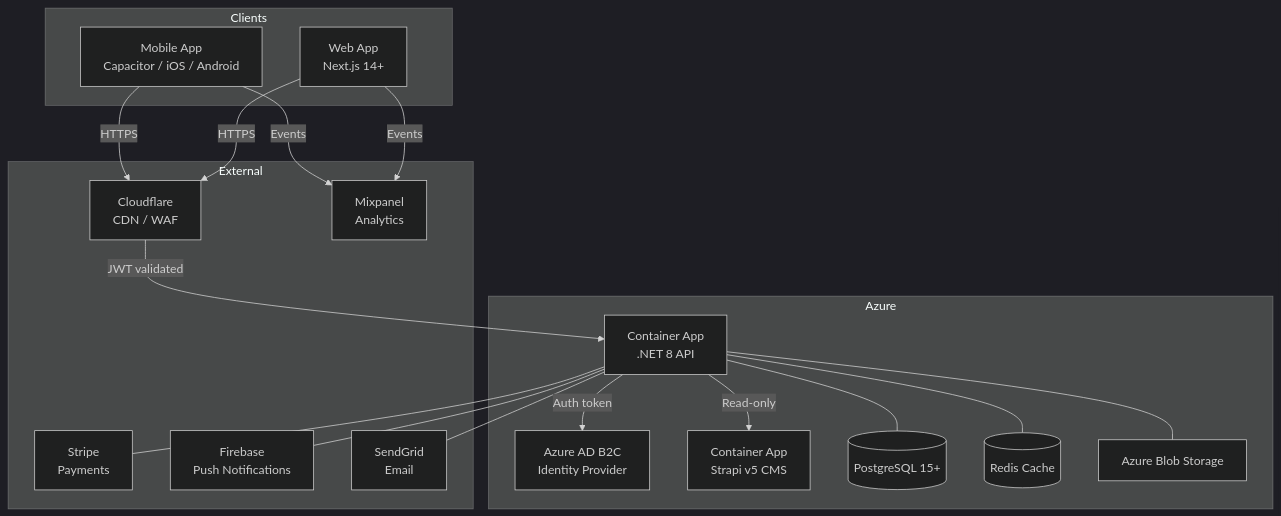
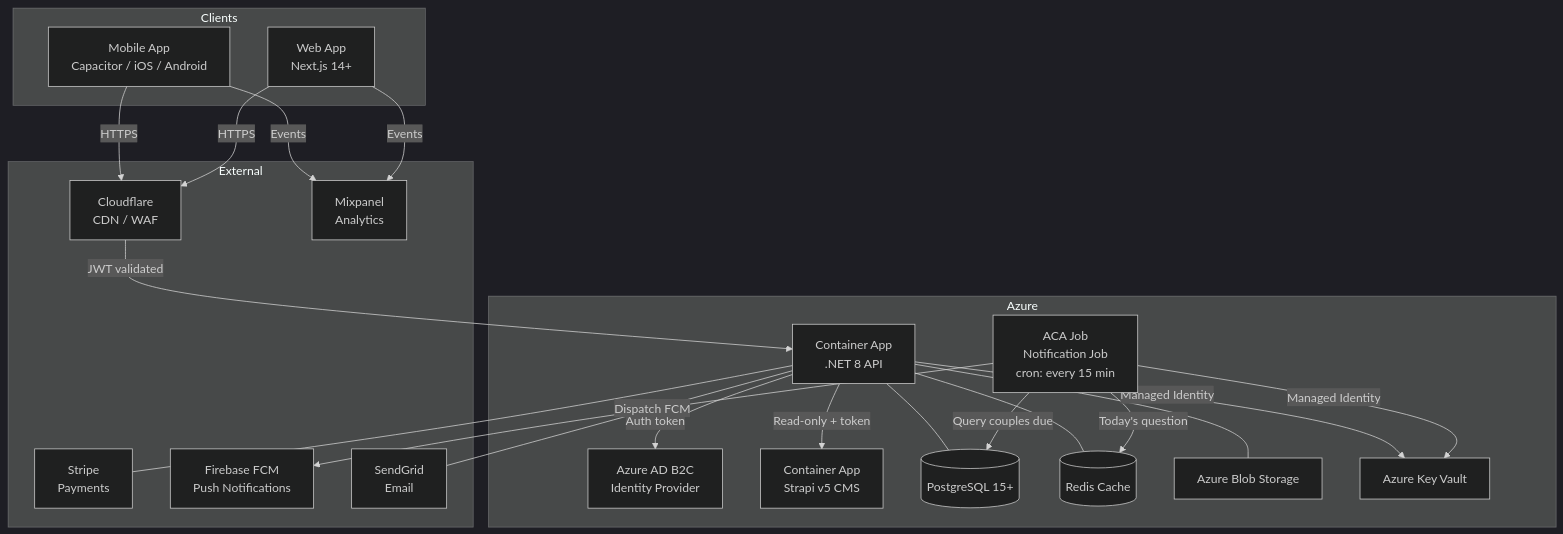
Before and after one commit to birdie69/birdie69-docs: the first of 3 diagrams in ARCHITECTURE_OVERVIEW.md, drawn with Mermaid (dark theme). The commit also changed other lines of this file and 1 other file, not shown here.

First line of the commit message:
docs(adr): add ADR-010 Sprint 4 FCM delivery + tech debt resolutions

````diff
--- a/ARCHITECTURE_OVERVIEW.md
+++ b/ARCHITECTURE_OVERVIEW.md
@@ -17,38 +17,44 @@
 ```mermaid
 graph TB
     subgraph Clients
         M[Mobile App<br/>Capacitor / iOS / Android]
         W[Web App<br/>Next.js 14+]
     end
 
     subgraph Azure
         B2C[Azure AD B2C<br/>Identity Provider]
         ACA_API[Container App<br/>.NET 8 API]
         ACA_CMS[Container App<br/>Strapi v5 CMS]
+        ACA_JOB[ACA Job<br/>Notification Job<br/>cron: every 15 min]
         DB[(PostgreSQL 15+)]
         REDIS[(Redis Cache)]
         BLOB[Azure Blob Storage]
+        KV[Azure Key Vault]
     end
 
     subgraph External
         STRIPE[Stripe<br/>Payments]
-        FCM[Firebase<br/>Push Notifications]
+        FCM[Firebase FCM<br/>Push Notifications]
         SG[SendGrid<br/>Email]
         CF[Cloudflare<br/>CDN / WAF]
         MX[Mixpanel<br/>Analytics]
     end
 
     M -->|HTTPS| CF
     W -->|HTTPS| CF
     CF -->|JWT validated| ACA_API
     ACA_API -->|Auth token| B2C
-    ACA_API -->|Read-only| ACA_CMS
+    ACA_API -->|Read-only + token| ACA_CMS
     ACA_API --- DB
     ACA_API --- REDIS
     ACA_API --- BLOB
     ACA_API --- STRIPE
-    ACA_API --- FCM
     ACA_API --- SG
+    ACA_API -->|Managed Identity| KV
+    ACA_JOB -->|Query couples due| DB
+    ACA_JOB -->|Today's question| REDIS
+    ACA_JOB -->|Dispatch FCM| FCM
+    ACA_JOB -->|Managed Identity| KV
     M -->|Events| MX
     W -->|Events| MX
 ```
````
